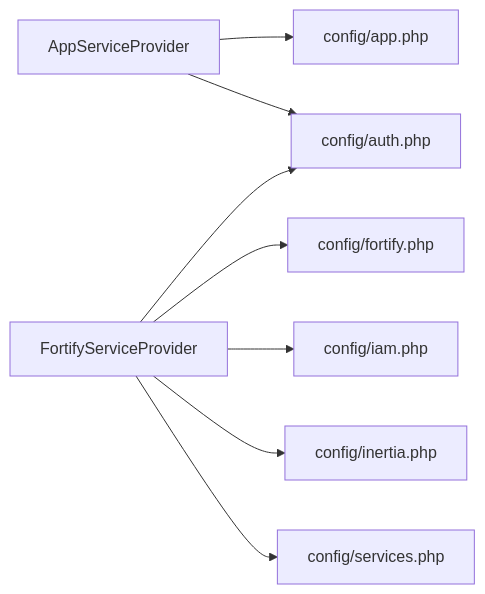
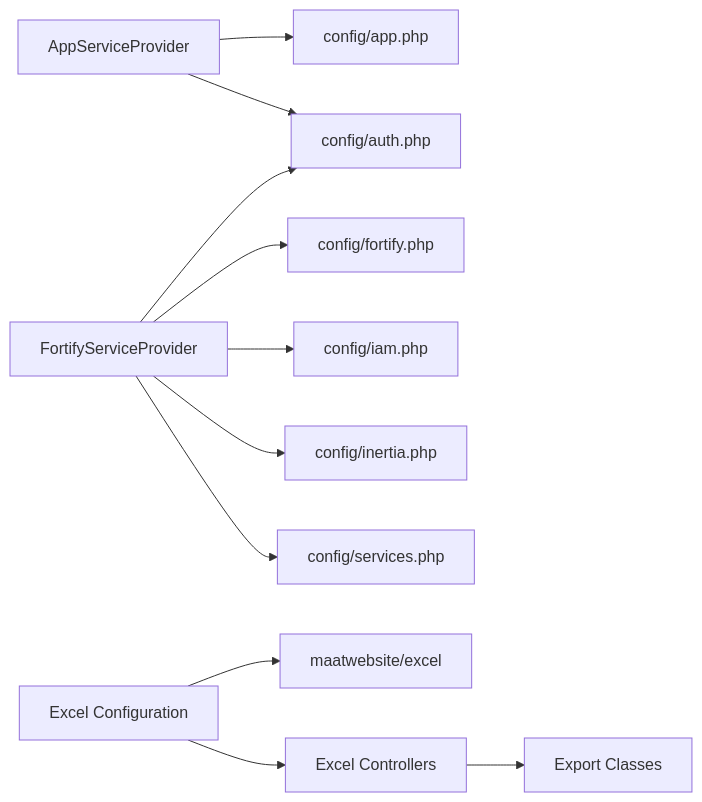
Before and after one commit to PA-Penajam/kepegawaian_apps: the seventh of 7 diagrams in .qoder/repowiki/en/content/Backend Architecture/Provider & Configuration.md, drawn with Mermaid. The commit also changed other lines of this file and 5 other files, not shown here.

````diff
--- a/.qoder/repowiki/en/content/Backend Architecture/Provider & Configuration.md
+++ b/.qoder/repowiki/en/content/Backend Architecture/Provider & Configuration.md
@@ -285,10 +412,13 @@
 ```mermaid
 graph LR
 ASP["AppServiceProvider"] --> CA["config/app.php"]
 ASP --> CAuth["config/auth.php"]
 FSP["FortifyServiceProvider"] --> CF["config/fortify.php"]
 FSP --> CAuth
 FSP --> CIAM["config/iam.php"]
 FSP --> CInertia["config/inertia.php"]
 FSP --> CSvc["config/services.php"]
+ExcelCfg["Excel Configuration"] --> ExcelPkg["maatwebsite/excel"]
+ExcelCfg --> ECtrl["Excel Controllers"]
+ECtrl --> EExports["Export Classes"]
 ```
````
